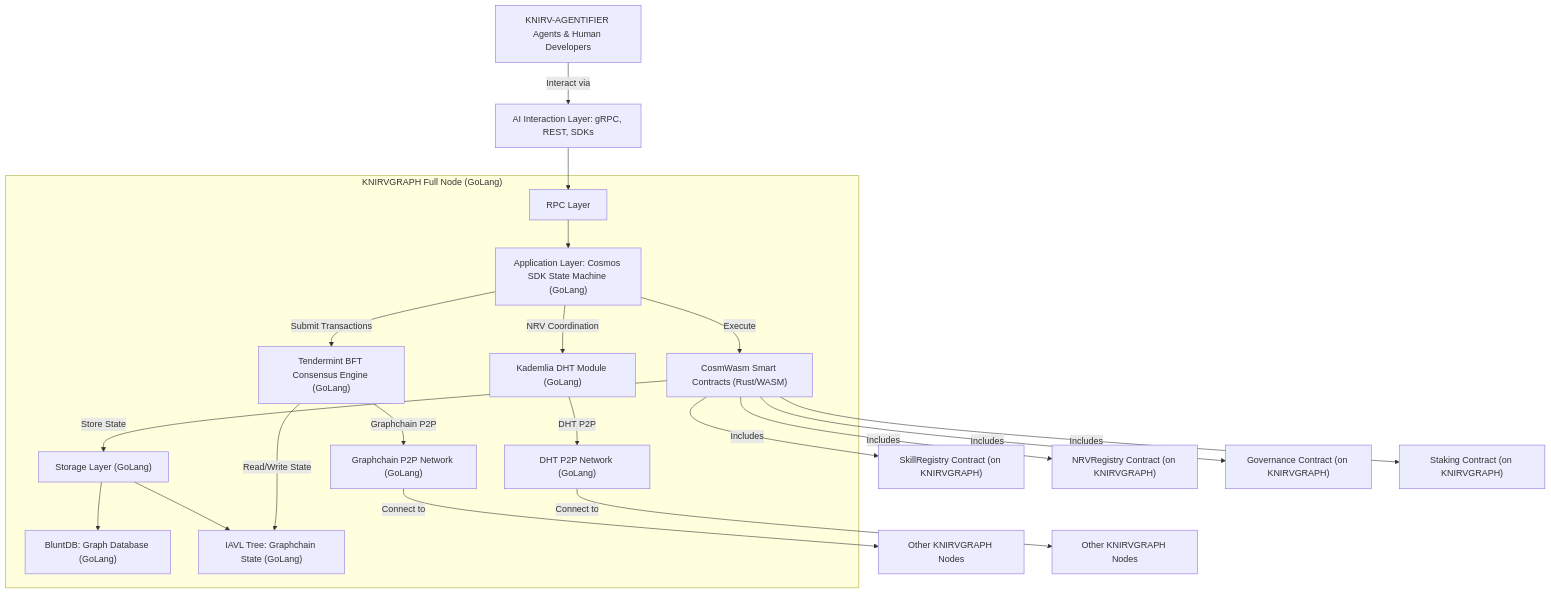
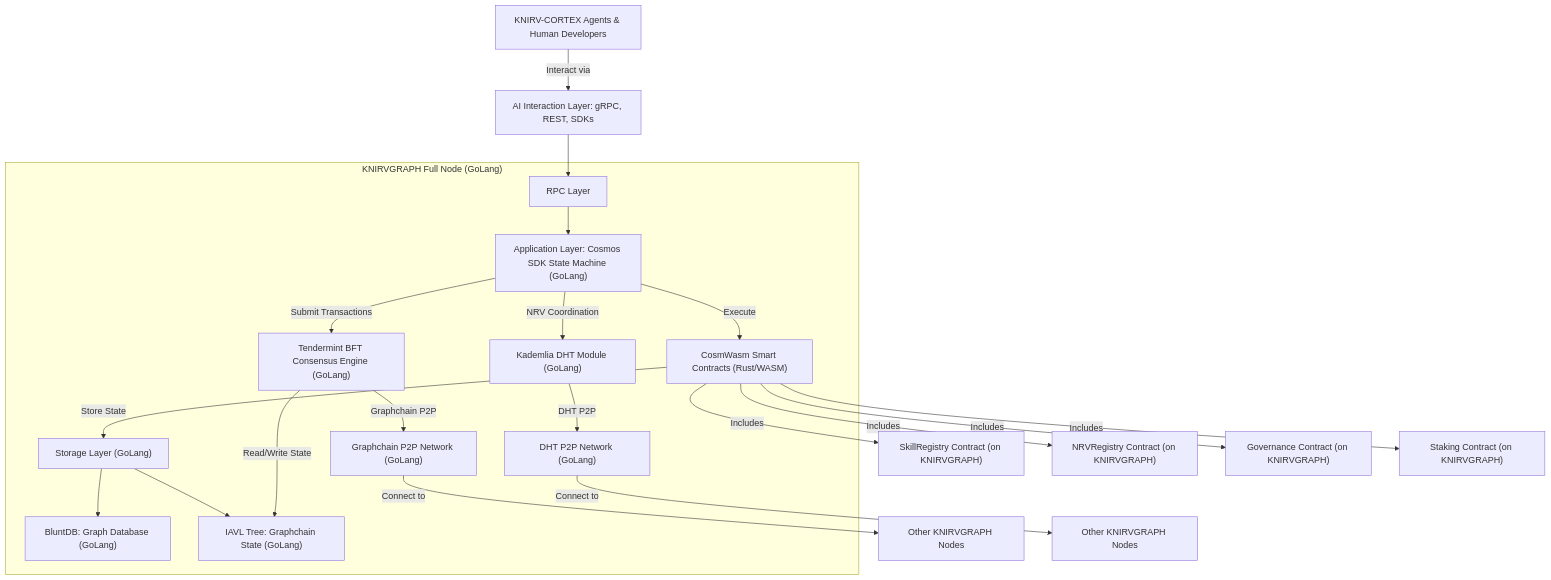
One commit to guiperry/KNIRV_NETWORK changed the eighth of 9 diagrams in KNIRVGATEWAY/documentation/docsify/whitepapers/KNIRVGRAPH_Whitepaper.md. Above: the diagram before and after it, drawn with Mermaid. The commit also changed other lines of this file and 441 other files, not shown here.

````diff
--- a/KNIRVGATEWAY/documentation/docsify/whitepapers/KNIRVGRAPH_Whitepaper.md
+++ b/KNIRVGATEWAY/documentation/docsify/whitepapers/KNIRVGRAPH_Whitepaper.md
@@ -533,38 +533,38 @@
 ```mermaid
 graph TD
     %% External Users
-    Users[KNIRV-AGENTIFIER Agents & Human Developers] -- Interact via --> API[AI Interaction Layer: gRPC, REST, SDKs]
+    Users[KNIRV-CORTEX Agents & Human Developers] -- Interact via --> API[AI Interaction Layer: gRPC, REST, SDKs]
     API --> RPC[RPC Layer]
     
     subgraph KNIRVGRAPH_NODE["KNIRVGRAPH Full Node (GoLang)"]
         %% Application Layer (GoLang)
         RPC --> AppLayer["Application Layer: Cosmos SDK State Machine (GoLang)"]
         AppLayer -- Execute --> Contracts["CosmWasm Smart Contracts (Rust/WASM)"]
         Contracts -- Store State --> Storage["Storage Layer (GoLang)"]
         
         %% Storage Components (GoLang)
         Storage --> BluntDB["BluntDB: Graph Database (GoLang)"]
         Storage --> IAVL["IAVL Tree: Graphchain State (GoLang)"]
         
         %% Consensus Layer (GoLang)
         AppLayer -- Submit Transactions --> Tendermint["Tendermint BFT Consensus Engine (GoLang)"]
         Tendermint -- Read/Write State --> IAVL
         
         %% DHT Layer (GoLang)
         AppLayer -- NRV Coordination --> Kademlia["Kademlia DHT Module (GoLang)"]
         
         %% Network Layers (GoLang)
         Tendermint -- Graphchain P2P --> KGBCNetwork["Graphchain P2P Network (GoLang)"]
         Kademlia -- DHT P2P --> DHTNetwork["DHT P2P Network (GoLang)"]
     end
     
     %% External Node Connections
     KGBCNetwork -- Connect to --> OtherKGNodes[Other KNIRVGRAPH Nodes]
     DHTNetwork -- Connect to --> OtherDHTNodes[Other KNIRVGRAPH Nodes]
     
     %% Smart Contract Types (CosmWasm)
     Contracts -- Includes --> SkillRegistry["SkillRegistry Contract (on KNIRVGRAPH)"]
     Contracts -- Includes --> NRVRegistry["NRVRegistry Contract (on KNIRVGRAPH)"]
     Contracts -- Includes --> Governance["Governance Contract (on KNIRVGRAPH)"]
     Contracts -- Includes --> Staking["Staking Contract (on KNIRVGRAPH)"]
 ```
````
